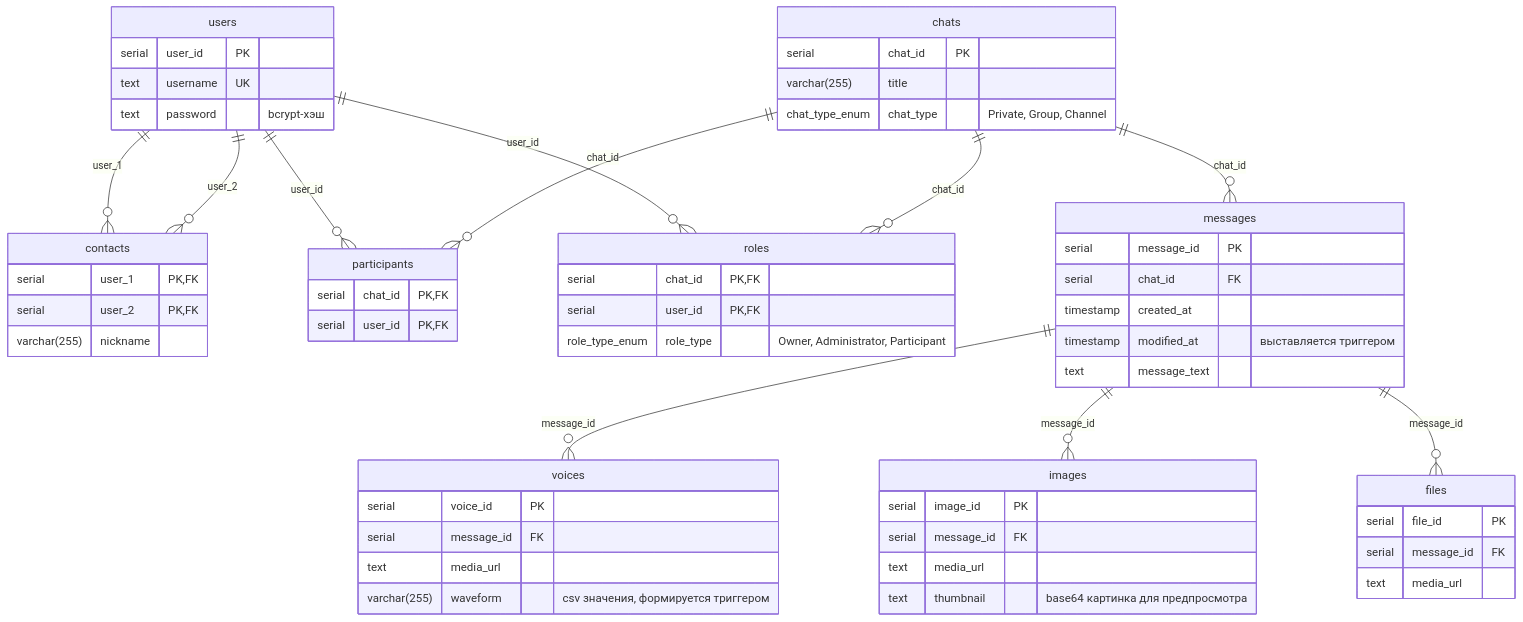
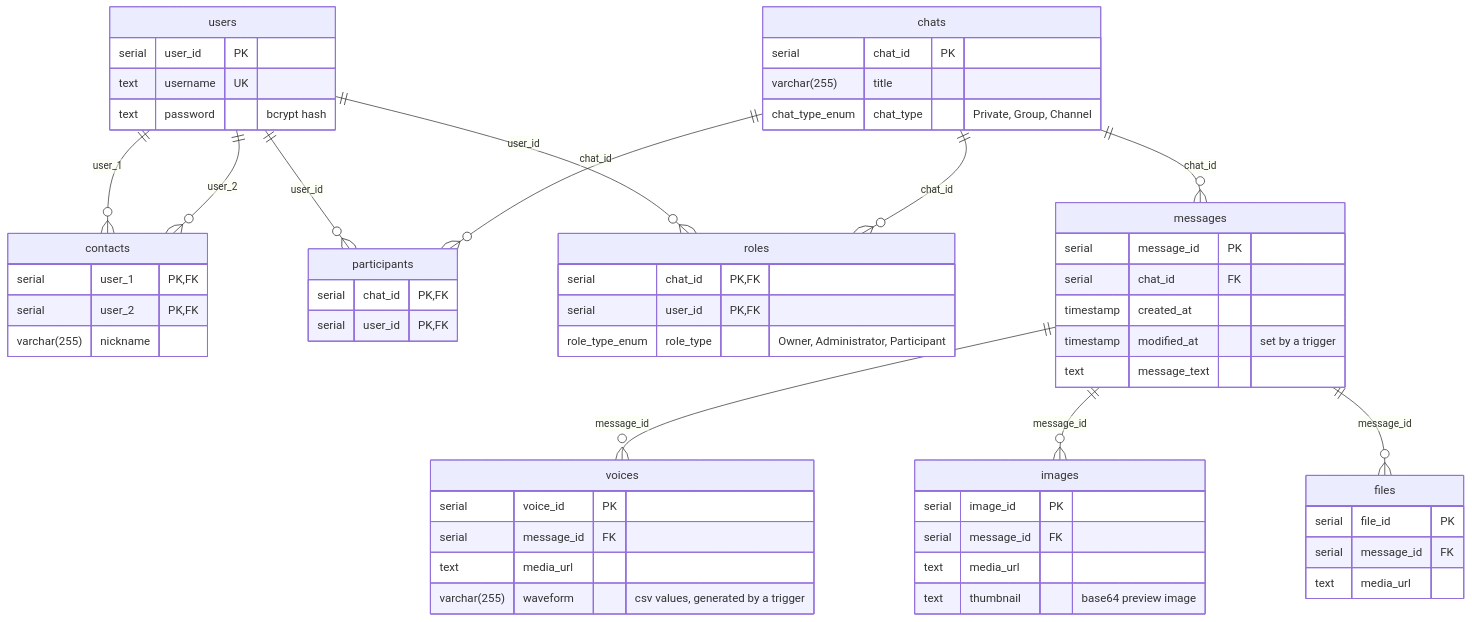
The diagram in README.md (sven4500/postgrest-messenger), drawn with Mermaid before and after one commit. The commit also changed other lines of this file and 1 other file, not shown here.

````diff
--- a/README.md
+++ b/README.md
@@ -17,74 +19,74 @@
 ```mermaid
 erDiagram
-    %% таблица пользователей, пароль хранится как bcrypt-хэш
+    %% users table, the password is stored as a bcrypt hash
     users {
         serial user_id PK
         text username UK
-        text password "bcrypt-хэш"
+        text password "bcrypt hash"
     }
 
-    %% таблица контактов, то как пользователи называют
-    %% друг друга, кто с кем знаком и т.д.
+    %% contacts table: how users name each other,
+    %% who knows whom, etc.
     contacts {
         serial user_1 PK, FK
         serial user_2 PK, FK
         varchar(255) nickname
     }
 
-    %% таблица чатов и их типы
+    %% chats table and chat types
     chats {
         serial chat_id PK
         varchar(255) title
         chat_type_enum chat_type "Private, Group, Channel"
     }
 
     participants {
         serial chat_id PK, FK
         serial user_id PK, FK
     }
 
     roles {
         serial chat_id PK, FK
         serial user_id PK, FK
         role_type_enum role_type "Owner, Administrator, Participant"
     }
 
     messages {
         serial message_id PK
         serial chat_id FK
         timestamp created_at
-        timestamp modified_at "выставляется триггером"
+        timestamp modified_at "set by a trigger"
         text message_text
     }
 
     voices {
         serial voice_id PK
         serial message_id FK
         text media_url
-        varchar(255) waveform "csv значения, формируется триггером"
+        varchar(255) waveform "csv values, generated by a trigger"
     }
 
     images {
         serial image_id PK
         serial message_id FK
         text media_url
-        text thumbnail "base64 картинка для предпросмотра"
+        text thumbnail "base64 preview image"
     }
 
     files {
         serial file_id PK
         serial message_id FK
         text media_url
     }
 
     users ||--o{ contacts : "user_1"
     users ||--o{ contacts : "user_2"
     users ||--o{ participants : "user_id"
     chats ||--o{ participants : "chat_id"
     users ||--o{ roles : "user_id"
     chats ||--o{ roles : "chat_id"
     chats ||--o{ messages : "chat_id"
     messages ||--o{ voices : "message_id"
     messages ||--o{ images : "message_id"
     messages ||--o{ files : "message_id"
 ```
````
